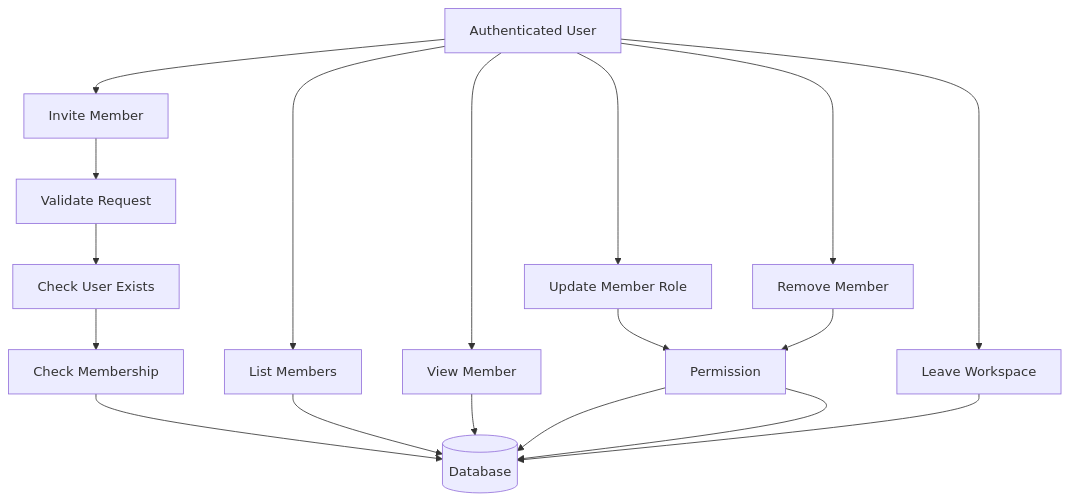
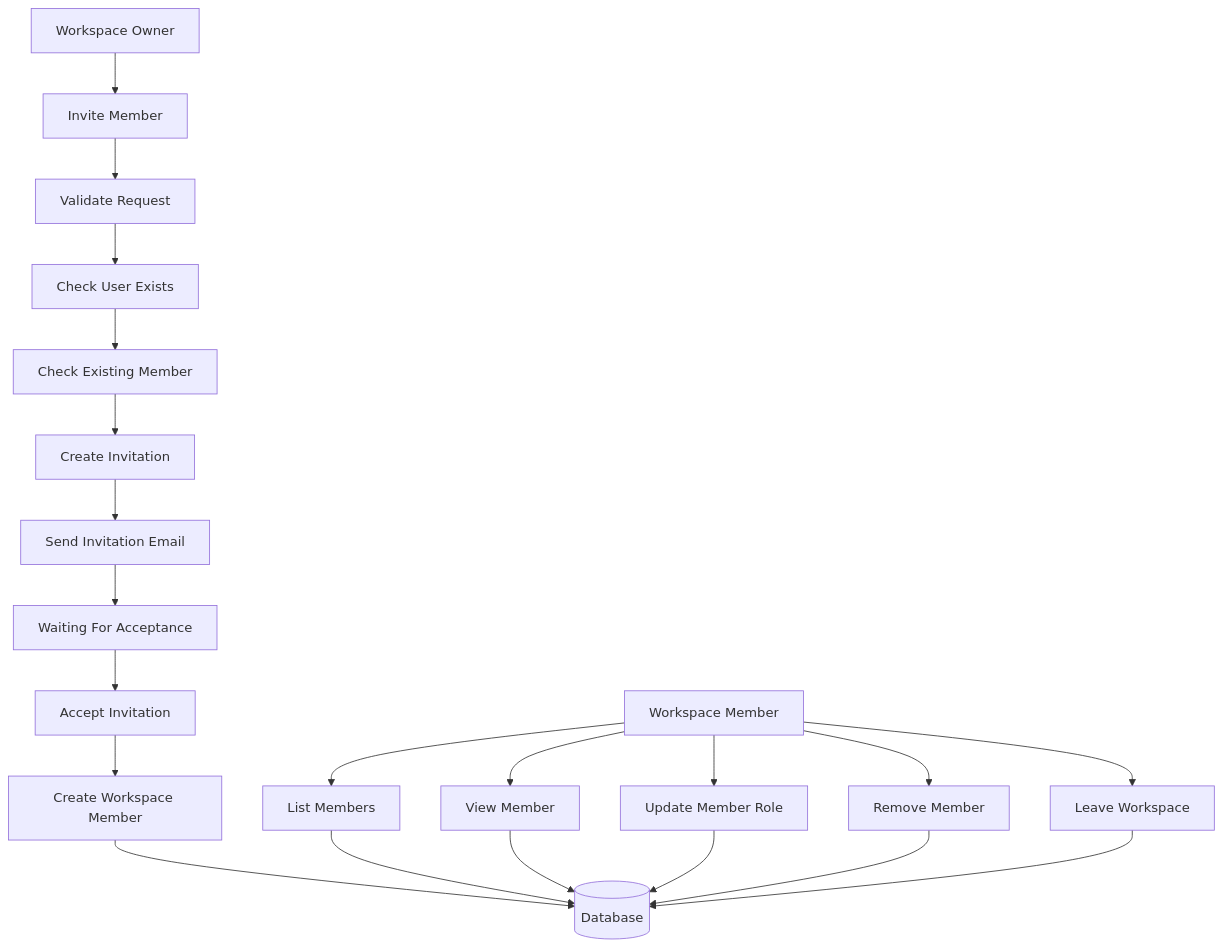
The second of 3 diagrams in docs/architecture/workspace-member/WorkspaceMember-Architecture.md (datnguyxn/LinkFlow), drawn with Mermaid before and after one commit. The commit also changed other lines of this file and 14 other files, not shown here.

Commit message:
docs(architecture): add workspace module documentation

````diff
--- a/docs/architecture/workspace-member/WorkspaceMember-Architecture.md
+++ b/docs/architecture/workspace-member/WorkspaceMember-Architecture.md
@@ -50,39 +55,43 @@
 ```mermaid
 flowchart TD
 
-A[Authenticated User]
+A[Workspace Owner]
 
-A --> B[Invite Member]
+A --> Invite[Invite Member]
 
-A --> C[List Members]
+Invite --> Validate[Validate Request]
 
-A --> D[View Member]
+Validate --> CheckUser[Check User Exists]
 
-A --> E[Update Member Role]
+CheckUser --> CheckMember[Check Existing Member]
 
-A --> F[Remove Member]
+CheckMember --> CreateInvitation[Create Invitation]
 
-A --> G[Leave Workspace]
+CreateInvitation --> SendMail[Send Invitation Email]
 
-B --> Validate[Validate Request]
+SendMail --> WaitAccept[Waiting For Acceptance]
 
-Validate --> UserExists[Check User Exists]
+WaitAccept --> Accept[Accept Invitation]
 
-UserExists --> MemberExists[Check Membership]
+Accept --> CreateMember[Create Workspace Member]
 
-MemberExists --> DB[(Database)]
+CreateMember --> DB[(Database)]
 
-C --> DB
+Member[Workspace Member]
 
-D --> DB
+Member --> List[List Members]
 
-E --> Permission
+Member --> View[View Member]
 
-Permission --> DB
+Member --> Update[Update Member Role]
 
-F --> Permission
+Member --> Remove[Remove Member]
 
-Permission --> DB
+Member --> Leave[Leave Workspace]
 
-G --> DB
+List --> DB
+View --> DB
+Update --> DB
+Remove --> DB
+Leave --> DB
 ```
````
